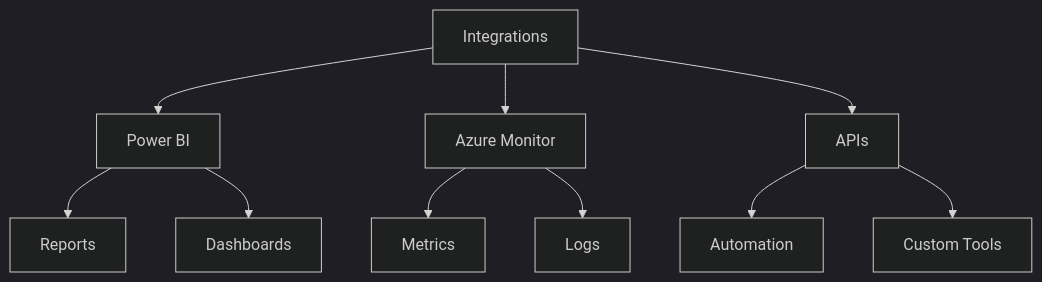
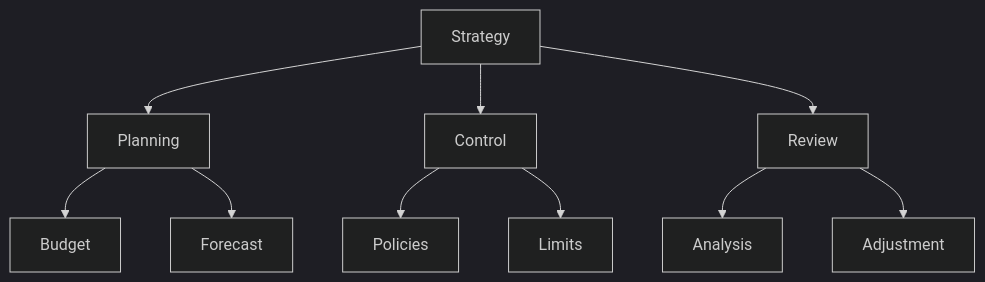
One commit to saravanakumarrc/Architecture_Journey changed diagram 14 of 15 in src/azure/az-104/Cost_Management.md. Above: the diagram before and after it, drawn with Mermaid (dark theme). The commit also changed other lines of this file and 6 other files, not shown here.

````diff
--- a/src/azure/az-104/Cost_Management.md
+++ b/src/azure/az-104/Cost_Management.md
@@ -228,15 +262,15 @@
 ```mermaid
 graph TB
-    A[Integrations] --> B[Power BI]
-    A --> C[Azure Monitor]
-    A --> D[APIs]
+    A[Strategy] --> B[Planning]
+    A --> C[Control]
+    A --> D[Review]
     
-    B --> E[Reports]
-    B --> F[Dashboards]
+    B --> E[Budget]
+    B --> F[Forecast]
     
-    C --> G[Metrics]
-    C --> H[Logs]
+    C --> G[Policies]
+    C --> H[Limits]
     
-    D --> I[Automation]
-    D --> J[Custom Tools]
+    D --> I[Analysis]
+    D --> J[Adjustment]
 ```
````
